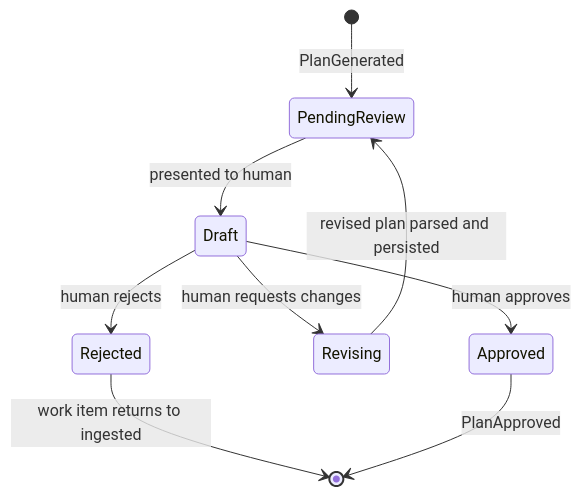
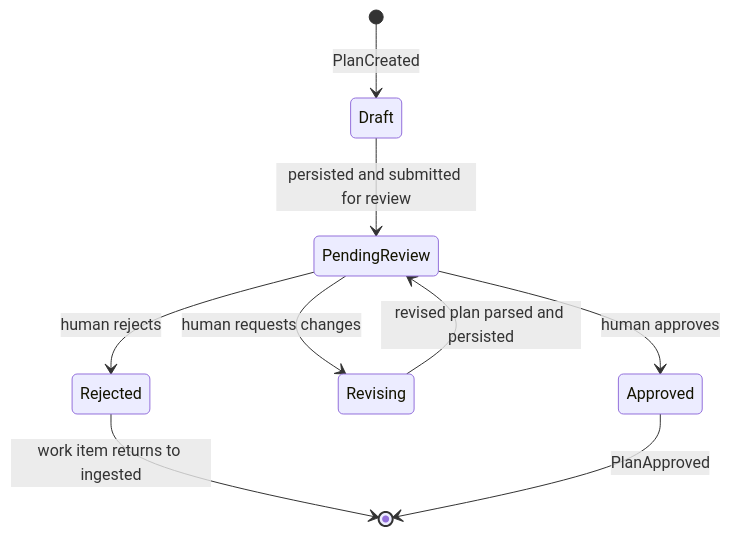
One commit to beeemT/substrate changed the first of 2 diagrams in docs/05-orchestration.md. Above: the diagram before and after it, drawn with Mermaid. The commit also changed 2 other files, not shown here.

Commit message:
docs: fix cross-document inconsistencies found in review
- 03: remove stale InstanceManager reference from bus-published table
  (InstanceManager was deleted; agent_session.interrupted is now
  declared-but-not-emitted); fix stray closing code fence
- 05: fix plan review state diagram to match actual code flow
  (Draft -> PendingReview, not PendingReview -> Draft)
- 07: update event persistence claims to reflect current code
  (ImplementationService now publishes through bus; PlanningService
  uses EventService, not EventRepository directly)

````diff
--- a/docs/05-orchestration.md
+++ b/docs/05-orchestration.md
@@ -98,11 +98,11 @@
 ```mermaid
 stateDiagram-v2
-    [*] --> PendingReview: PlanGenerated
-    PendingReview --> Draft: presented to human
-    Draft --> Approved: human approves
-    Draft --> Revising: human requests changes
-    Draft --> Rejected: human rejects
+    [*] --> Draft: PlanCreated
+    Draft --> PendingReview: persisted and submitted for review
+    PendingReview --> Approved: human approves
+    PendingReview --> Revising: human requests changes
+    PendingReview --> Rejected: human rejects
     Revising --> PendingReview: revised plan parsed and persisted
     Rejected --> [*]: work item returns to ingested
     Approved --> [*]: PlanApproved
 ```
````
